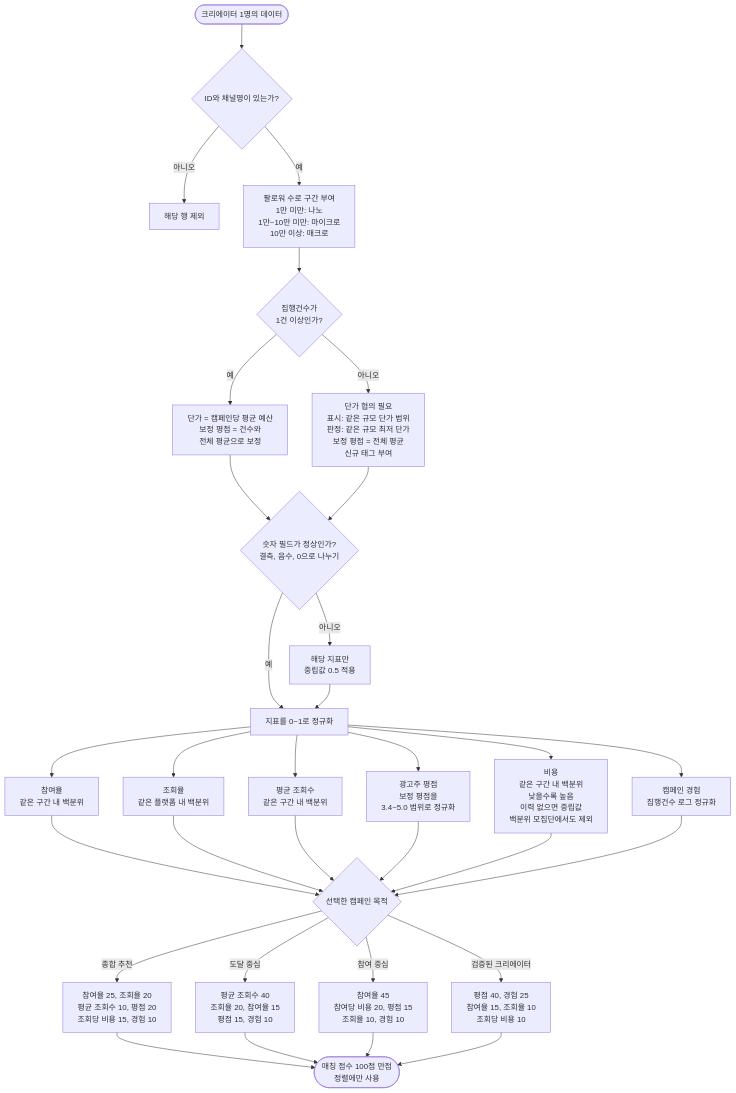
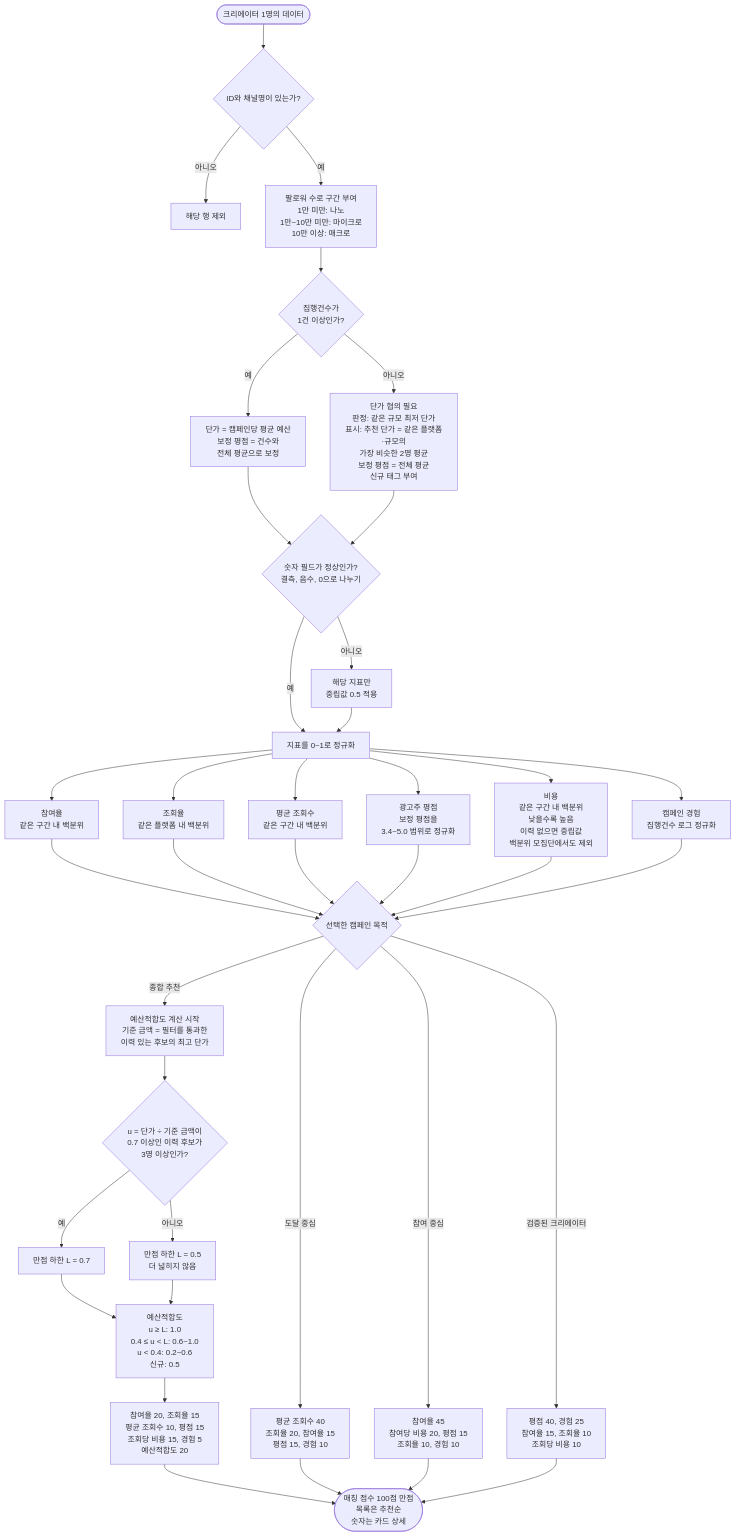
One commit to kimyyyjiii-jpg/creator-matching-prototype changed the second of 3 diagrams in flowchart.md. Above: the diagram before and after it, drawn with Mermaid. The commit also changed other lines of this file and 14 other files, not shown here.

````diff
--- a/flowchart.md
+++ b/flowchart.md
@@ -64,40 +64,47 @@
 ```mermaid
 flowchart TD
     ROW([크리에이터 1명의 데이터]) --> IDCHK{ID와 채널명이 있는가?}
     IDCHK -- 아니오 --> DROP[해당 행 제외]
     IDCHK -- 예 --> TIER[팔로워 수로 구간 부여<br/>1만 미만: 나노<br/>1만~10만 미만: 마이크로<br/>10만 이상: 매크로]
 
     TIER --> HIST{집행건수가<br/>1건 이상인가?}
     HIST -- 예 --> REAL[단가 = 캠페인당 평균 예산<br/>보정 평점 = 건수와<br/>전체 평균으로 보정]
-    HIST -- 아니오 --> EST[단가 협의 필요<br/>표시: 같은 규모 단가 범위<br/>판정: 같은 규모 최저 단가<br/>보정 평점 = 전체 평균<br/>신규 태그 부여]
+    HIST -- 아니오 --> EST[단가 협의 필요<br/>판정: 같은 규모 최저 단가<br/>표시: 추천 단가 = 같은 플랫폼·규모의<br/>가장 비슷한 2명 평균<br/>보정 평점 = 전체 평균<br/>신규 태그 부여]
 
     REAL --> NUMCHK{숫자 필드가 정상인가?<br/>결측, 음수, 0으로 나누기}
     EST --> NUMCHK
     NUMCHK -- 아니오 --> NEUTRAL[해당 지표만<br/>중립값 0.5 적용]
     NUMCHK -- 예 --> NORM
     NEUTRAL --> NORM
 
     NORM[지표를 0~1로 정규화] --> N1[참여율<br/>같은 구간 내 백분위]
     NORM --> N2[조회율<br/>같은 플랫폼 내 백분위]
     NORM --> N3[평균 조회수<br/>같은 구간 내 백분위]
     NORM --> N4[광고주 평점<br/>보정 평점을<br/>3.4~5.0 범위로 정규화]
     NORM --> N5[비용<br/>같은 구간 내 백분위<br/>낮을수록 높음<br/>이력 없으면 중립값<br/>백분위 모집단에서도 제외]
     NORM --> N6[캠페인 경험<br/>집행건수 로그 정규화]
 
     N1 --> PRESET{선택한 캠페인 목적}
     N2 --> PRESET
     N3 --> PRESET
     N4 --> PRESET
     N5 --> PRESET
     N6 --> PRESET
 
-    PRESET -- 종합 추천 --> W1[참여율 25, 조회율 20<br/>평균 조회수 10, 평점 20<br/>조회당 비용 15, 경험 10]
+    PRESET -- 종합 추천 --> BASE[예산적합도 계산 시작<br/>기준 금액 = 필터를 통과한<br/>이력 있는 후보의 최고 단가]
+    BASE --> LCHK{u = 단가 ÷ 기준 금액이<br/>0.7 이상인 이력 후보가<br/>3명 이상인가?}
+    LCHK -- 예 --> L7[만점 하한 L = 0.7]
+    LCHK -- 아니오 --> L5[만점 하한 L = 0.5<br/>더 넓히지 않음]
+    L7 --> FIT
+    L5 --> FIT
+    FIT[예산적합도<br/>u ≥ L: 1.0<br/>0.4 ≤ u < L: 0.6~1.0<br/>u < 0.4: 0.2~0.6<br/>신규: 0.5]
+    FIT --> W1[참여율 20, 조회율 15<br/>평균 조회수 10, 평점 15<br/>조회당 비용 15, 경험 5<br/>예산적합도 20]
     PRESET -- 도달 중심 --> W2[평균 조회수 40<br/>조회율 20, 참여율 15<br/>평점 15, 경험 10]
     PRESET -- 참여 중심 --> W3[참여율 45<br/>참여당 비용 20, 평점 15<br/>조회율 10, 경험 10]
     PRESET -- 검증된 크리에이터 --> W4[평점 40, 경험 25<br/>참여율 15, 조회율 10<br/>조회당 비용 10]
 
-    W1 --> TOTAL([매칭 점수 100점 만점<br/>정렬에만 사용])
+    W1 --> TOTAL([매칭 점수 100점 만점<br/>목록은 추천순<br/>숫자는 카드 상세])
     W2 --> TOTAL
     W3 --> TOTAL
     W4 --> TOTAL
 ```
````
